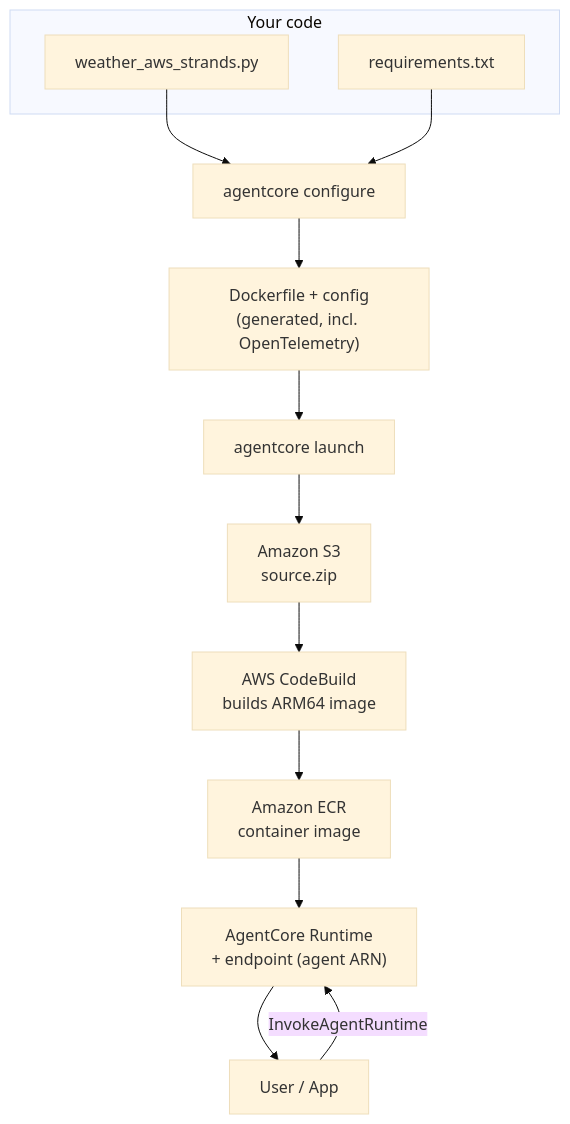
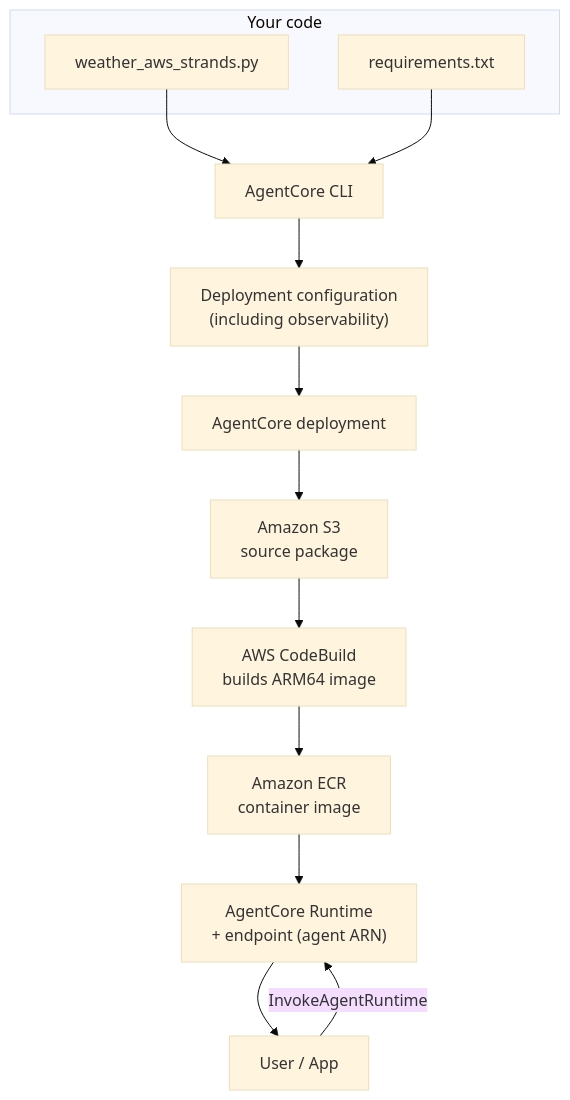
The fourth of 6 diagrams in README.md (KiranGunturu/strands-agents), drawn with Mermaid (base theme) before and after one commit. The commit also changed other lines of this file and 19 other files, not shown here.

````diff
--- a/README.md
+++ b/README.md
@@ -219,17 +220,17 @@
 ```mermaid
 flowchart TD
     subgraph Source ["Your code"]
         PY["weather_aws_strands.py"]
         REQ["requirements.txt"]
     end
-    PY --> CFG["agentcore configure"]
+    PY --> CFG["AgentCore CLI"]
     REQ --> CFG
-    CFG --> DOCKER["Dockerfile + config<br/>(generated, incl. OpenTelemetry)"]
-    DOCKER --> LAUNCH["agentcore launch"]
-    LAUNCH --> S3["Amazon S3<br/>source.zip"]
+    CFG --> DOCKER["Deployment configuration<br/>(including observability)"]
+    DOCKER --> LAUNCH["AgentCore deployment"]
+    LAUNCH --> S3["Amazon S3<br/>source package"]
     S3 --> CB["AWS CodeBuild<br/>builds ARM64 image"]
     CB --> ECR["Amazon ECR<br/>container image"]
     ECR --> RT["AgentCore Runtime<br/>+ endpoint (agent ARN)"]
     APP["User / App"] -->|InvokeAgentRuntime| RT
     RT --> APP
 ```
````
